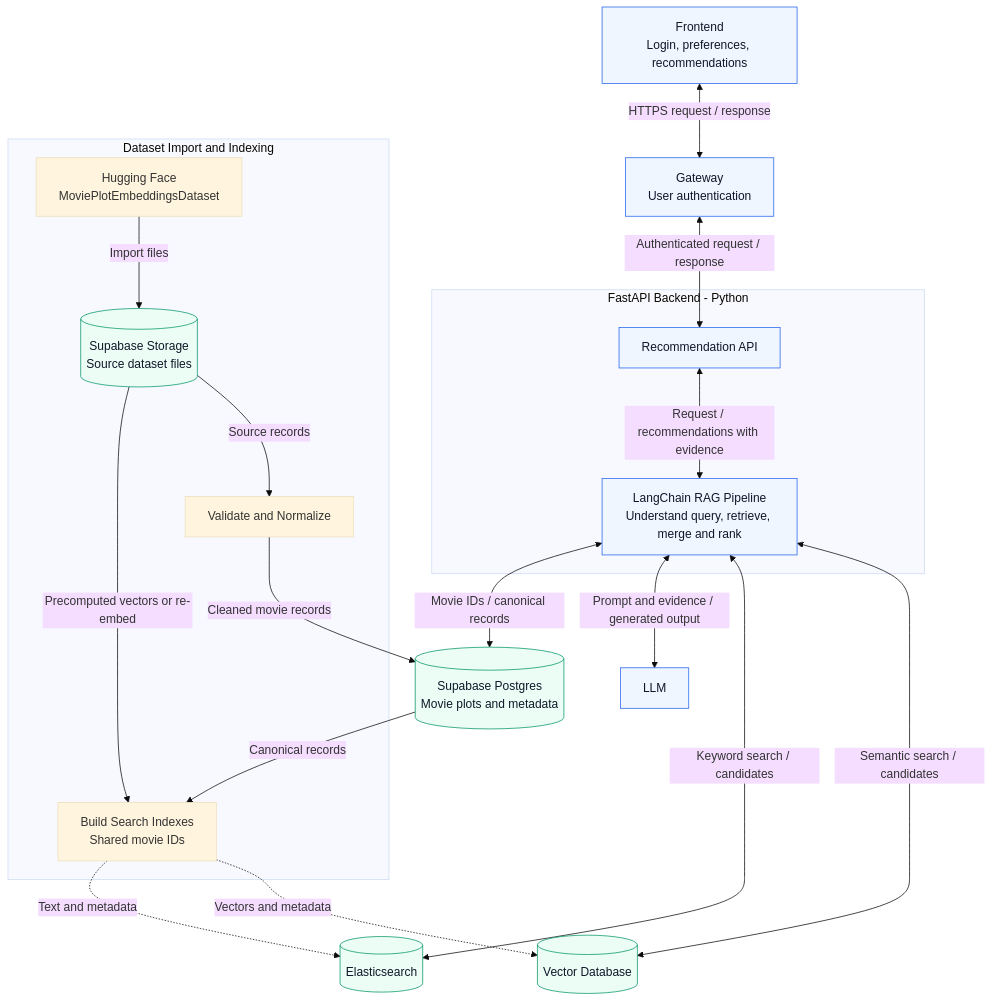
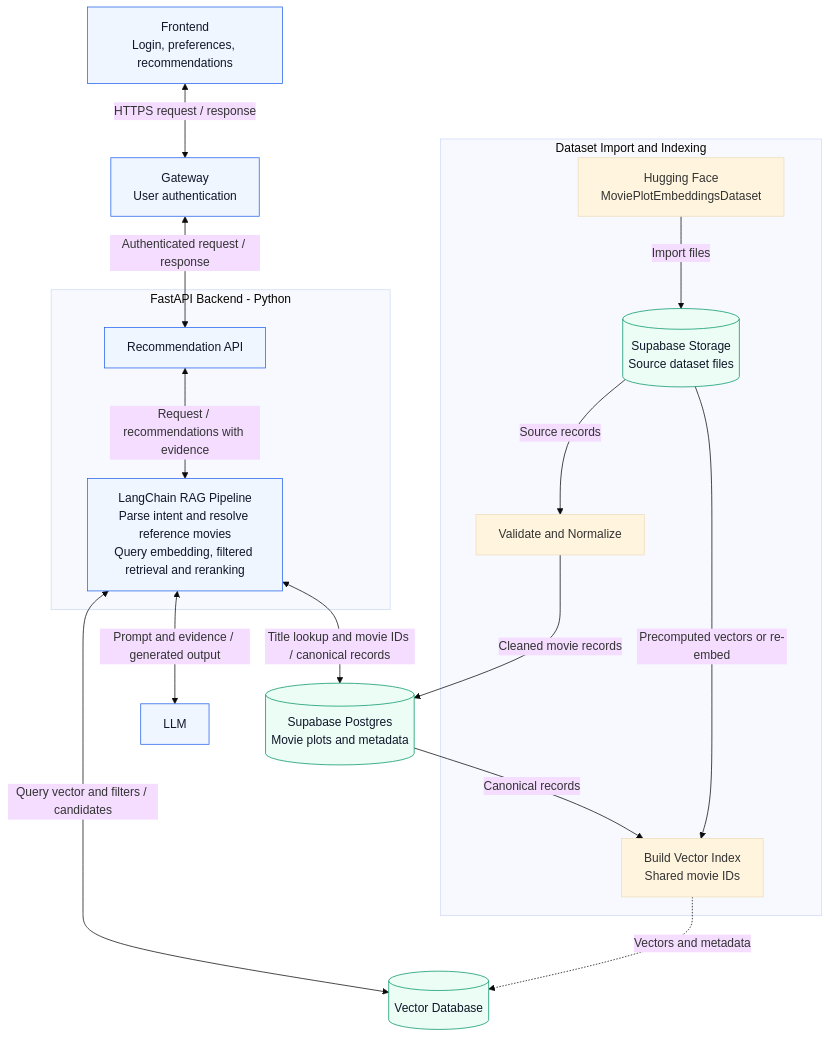
The diagram in figures/system-architecture.md (Ed1sonL1-byte/v-me-50), drawn with Mermaid (base theme) before and after one commit. The commit also changed other lines of this file and 3 other files, not shown here.

Commit message:
Simplify retrieval architecture and document input processing

````diff
--- a/figures/system-architecture.md
+++ b/figures/system-architecture.md
@@ -5,35 +5,33 @@
 ```mermaid
 flowchart TB
     frontend["Frontend<br/>Login, preferences, recommendations"]
     gateway["Gateway<br/>User authentication"]
     subgraph backend["FastAPI Backend - Python"]
         api["Recommendation API"]
-        chain["LangChain RAG Pipeline<br/>Understand query, retrieve, merge and rank"]
+        chain["LangChain RAG Pipeline<br/>Parse intent and resolve reference movies<br/>Query embedding, filtered retrieval and reranking"]
         api <-->|Request / recommendations with evidence| chain
     end
     frontend <-->|HTTPS request / response| gateway
     gateway <-->|Authenticated request / response| api
-    chain <-->|Semantic search / candidates| vector[("Vector Database")]
-    chain <-->|Keyword search / candidates| elastic[("Elasticsearch")]
+    chain <-->|Query vector and filters / candidates| vector[("Vector Database")]
     chain <-->|Prompt and evidence / generated output| llm["LLM"]
-    chain <-->|Movie IDs / canonical records| postgres[("Supabase Postgres<br/>Movie plots and metadata")]
+    chain <-->|Title lookup and movie IDs / canonical records| postgres[("Supabase Postgres<br/>Movie plots and metadata")]
 
     subgraph ingestion["Dataset Import and Indexing"]
         dataset["Hugging Face<br/>MoviePlotEmbeddingsDataset"]
         storage[("Supabase Storage<br/>Source dataset files")]
         clean["Validate and Normalize"]
-        indexer["Build Search Indexes<br/>Shared movie IDs"]
+        indexer["Build Vector Index<br/>Shared movie IDs"]
         dataset -->|Import files| storage
         storage -->|Source records| clean
     end
     clean -->|Cleaned movie records| postgres
     postgres -->|Canonical records| indexer
     storage -->|Precomputed vectors or re-embed| indexer
     indexer -.->|Vectors and metadata| vector
-    indexer -.->|Text and metadata| elastic
 
     classDef service fill:#eff6ff,stroke:#2563eb,color:#0f172a
     classDef data fill:#ecfdf5,stroke:#059669,color:#0f172a
-    class frontend,gateway,api,chain,embedding,llm service
-    class vector,elastic,postgres,storage data
+    class frontend,gateway,api,chain,llm service
+    class vector,postgres,storage data
 ```
````
